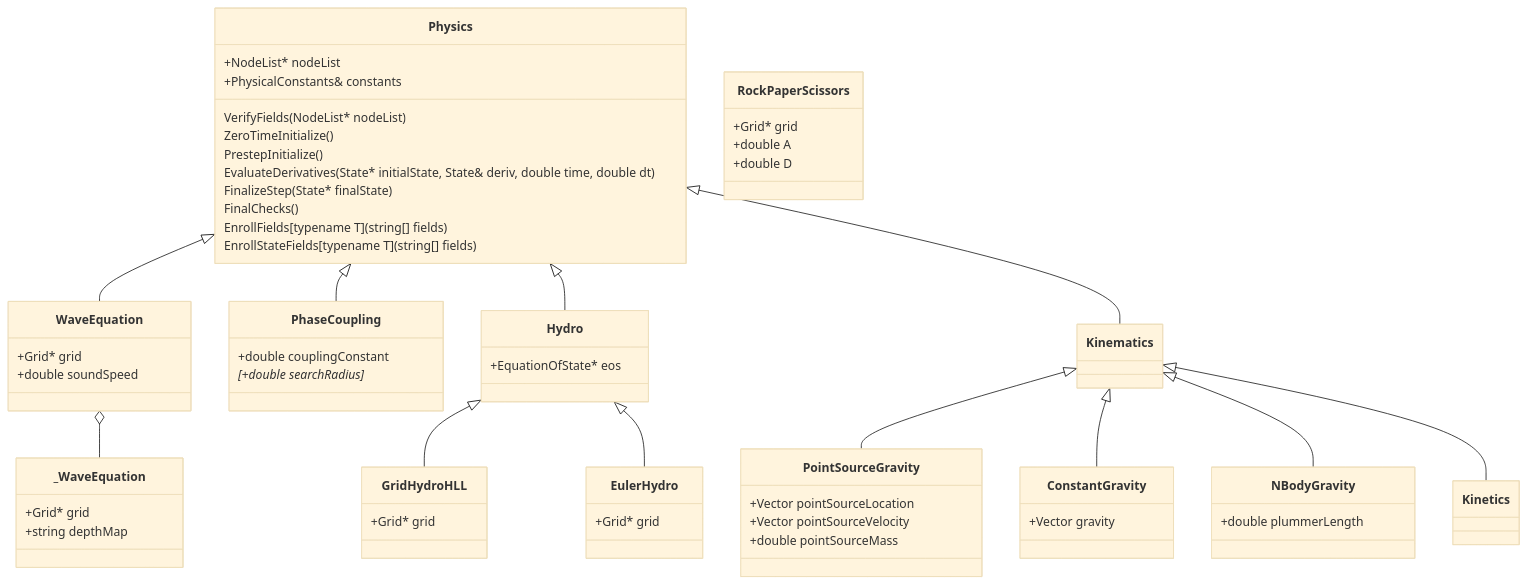
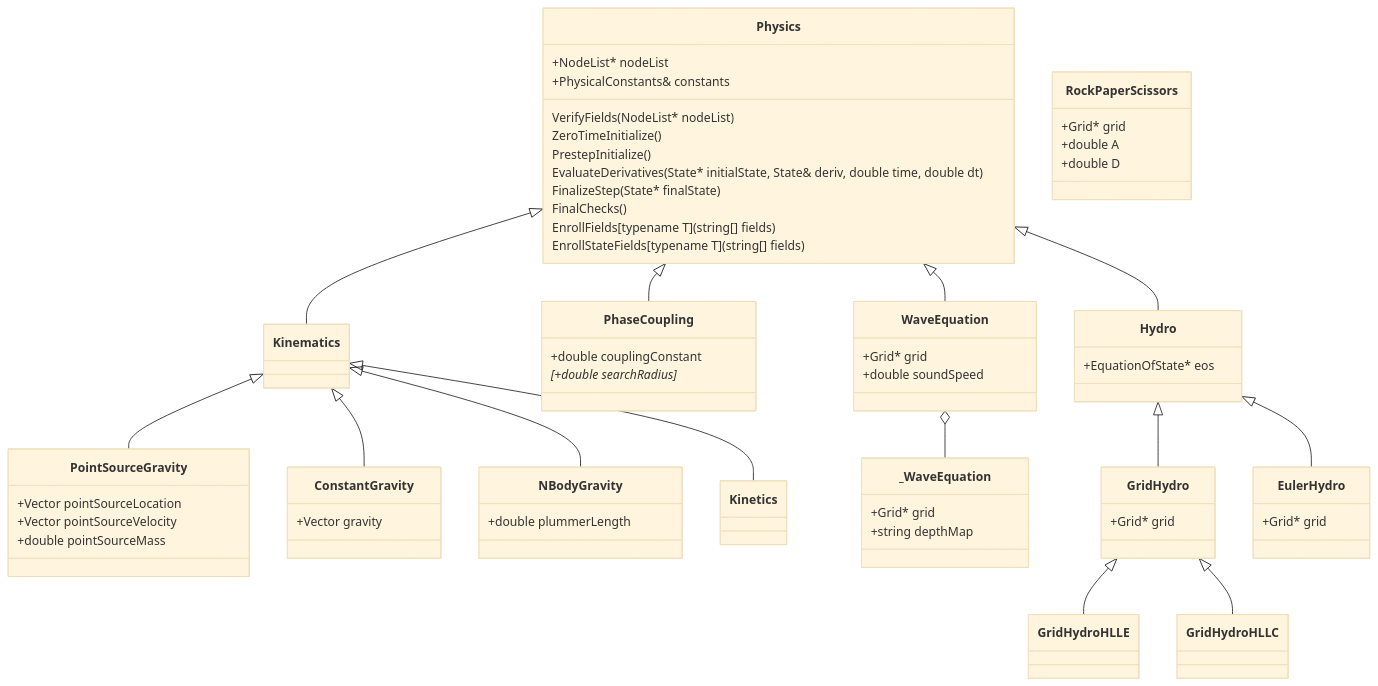
The diagram in src/Physics/Classes.md (antimatterhorn/yggdrasil), drawn with Mermaid (base theme) before and after one commit.

Commit message:
minor fix to physics classes diagram

````diff
--- a/src/Physics/Classes.md
+++ b/src/Physics/Classes.md
@@ -2,61 +2,67 @@
 ```mermaid
 classDiagram
     Kinematics <|-- PointSourceGravity
     Kinematics <|-- ConstantGravity
     Kinematics <|-- NBodyGravity
     Physics <|-- PhaseCoupling
     Physics <|-- WaveEquation
     Physics <|-- Hydro
     Physics <|-- Kinematics
     Kinematics <|-- Kinetics
     Physics : +NodeList* nodeList
     Physics : +PhysicalConstants& constants
     Physics : VerifyFields(NodeList* nodeList)
     Physics : ZeroTimeInitialize()
     Physics : PrestepInitialize()
     Physics : EvaluateDerivatives(State* initialState, State<dim>& deriv, double time, double dt)
     Physics : FinalizeStep(State* finalState)
     Physics : FinalChecks()
     Physics : EnrollFields[typename T](string[] fields)
     Physics : EnrollStateFields[typename T](string[] fields)
     class PointSourceGravity{
         +Vector pointSourceLocation
         +Vector pointSourceVelocity
         +double pointSourceMass
     }
     class ConstantGravity{
         +Vector gravity
     }
     class NBodyGravity{
         +double plummerLength
     }
     class Hydro{
         +EquationOfState* eos
     }
     class WaveEquation{
         +Grid* grid
         +double soundSpeed
     }
     WaveEquation o -- _WaveEquation
     class _WaveEquation{
         +Grid* grid
         +string depthMap
     }
     class RockPaperScissors{
         +Grid* grid
         +double A
         +double D
     }
-    Hydro <| -- GridHydroHLL
-    class GridHydroHLL{
+    Hydro <| -- GridHydro
+    class GridHydro{
         +Grid* grid
+    }
+    GridHydro <| -- GridHydroHLLE
+    class GridHydroHLLE{
+    }
+    GridHydro <| -- GridHydroHLLC
+    class GridHydroHLLC{
     }
     Hydro <| -- EulerHydro
     class EulerHydro{
         +Grid* grid
     }
     class PhaseCoupling{
         +double couplingConstant
         [+double searchRadius]*
     }
 ```
````
